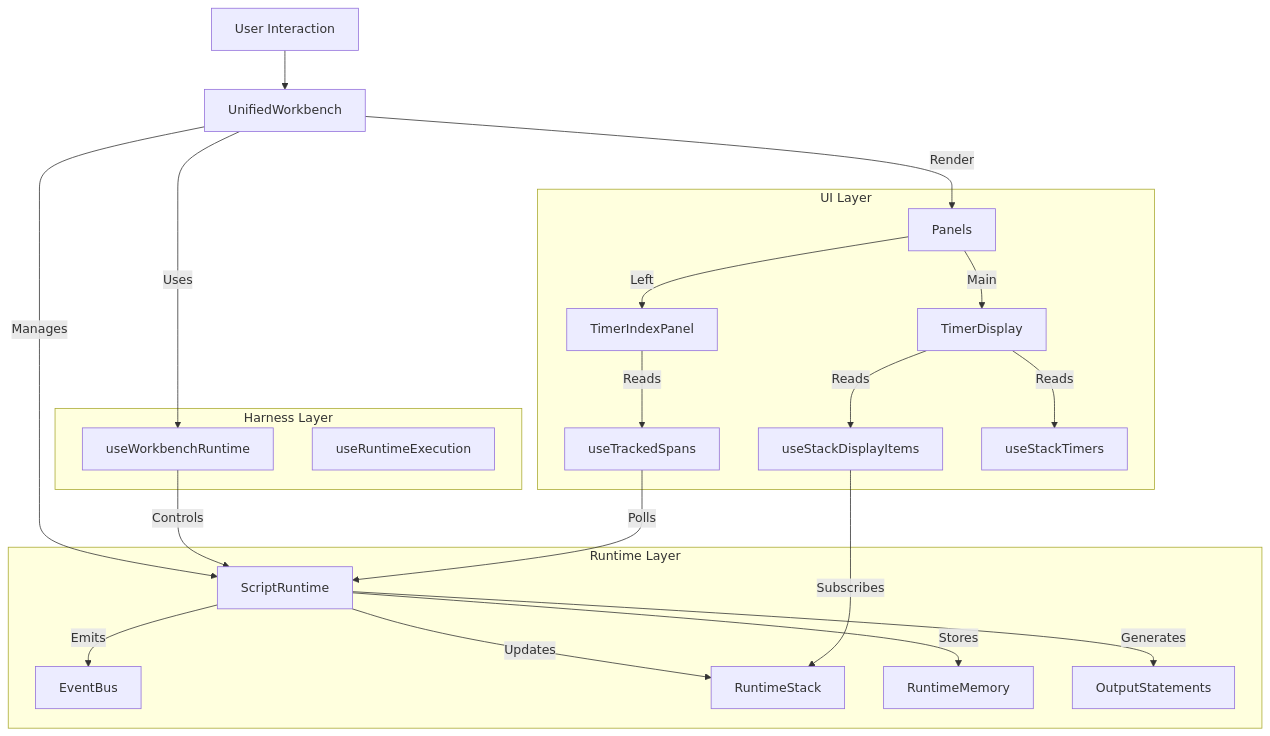
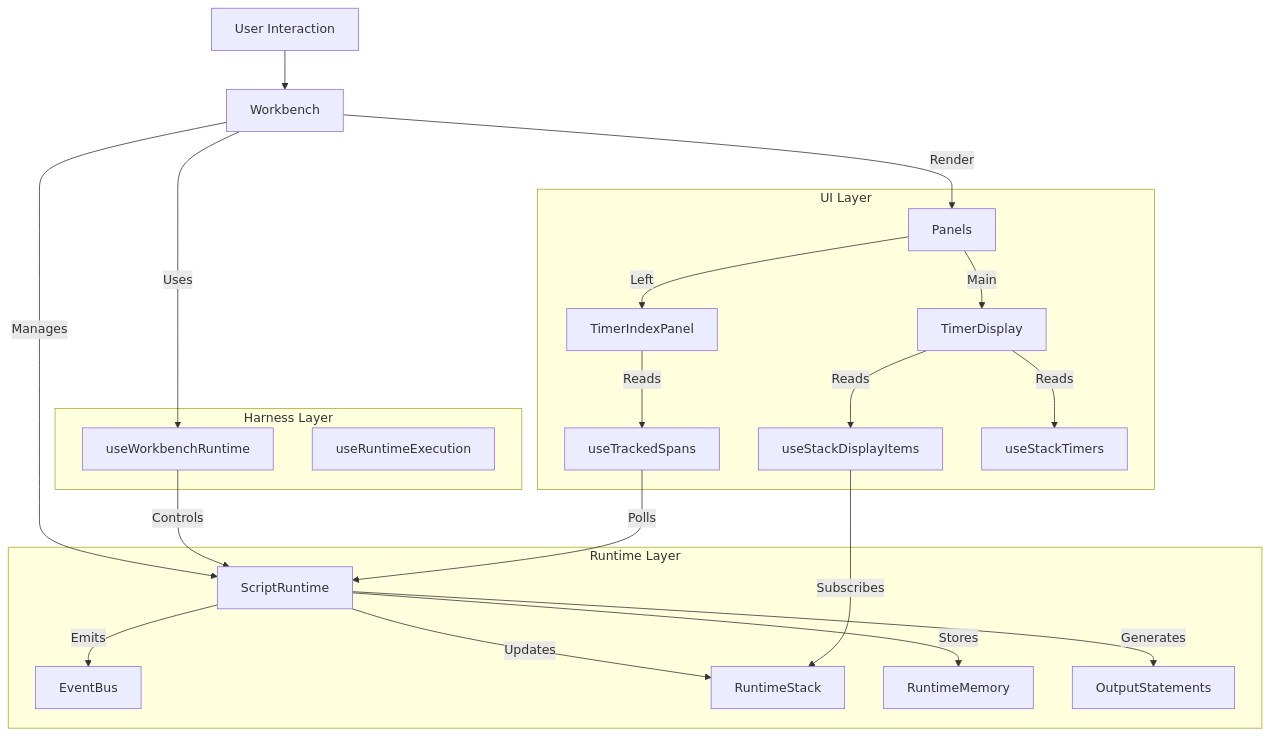
The first of 4 diagrams in docs/deep-dives/storybook-playground-architecture.md (SergeiGolos/wod-wiki), drawn with Mermaid before and after one commit. The commit also changed other lines of this file and 75 other files, not shown here.

First line of the commit message:
refactor: remove Unified components and replace with Workbench

````diff
--- a/docs/deep-dives/storybook-playground-architecture.md
+++ b/docs/deep-dives/storybook-playground-architecture.md
@@ -11,32 +11,32 @@
 ```mermaid
 graph TD
-    User[User Interaction] --> WB[UnifiedWorkbench]
+    User[User Interaction] --> WB[Workbench]
     WB -->|Manages| Runtime[ScriptRuntime]
     WB -->|Render| Panels
     
     subgraph "Harness Layer"
         Hooks[useWorkbenchRuntime]
         Exec[useRuntimeExecution]
     end
     
     subgraph "Runtime Layer"
         Runtime -->|Emits| Events[EventBus]
         Runtime -->|Updates| Stack[RuntimeStack]
         Runtime -->|Stores| Memory[RuntimeMemory]
         Runtime -->|Generates| Outputs[OutputStatements]
     end
 
     subgraph "UI Layer"
         Panels -->|Left| History[TimerIndexPanel]
         Panels -->|Main| Timer[TimerDisplay]
         
         History -->|Reads| Spans[useTrackedSpans]
         Timer -->|Reads| StackHook[useStackDisplayItems]
         Timer -->|Reads| MemHook[useStackTimers]
     end
 
     WB -- Uses --> Hooks
     Hooks -- Controls --> Runtime
     Spans -- Polls --> Runtime
     StackHook -- Subscribes --> Stack
 ```
````
